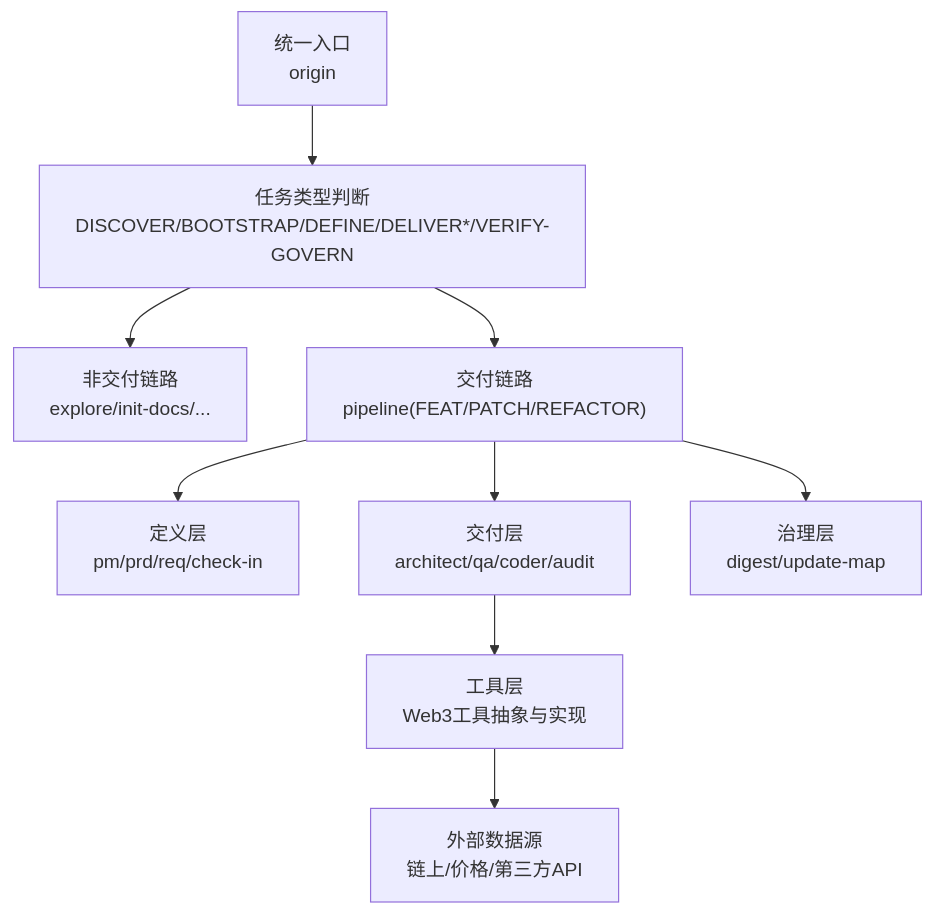
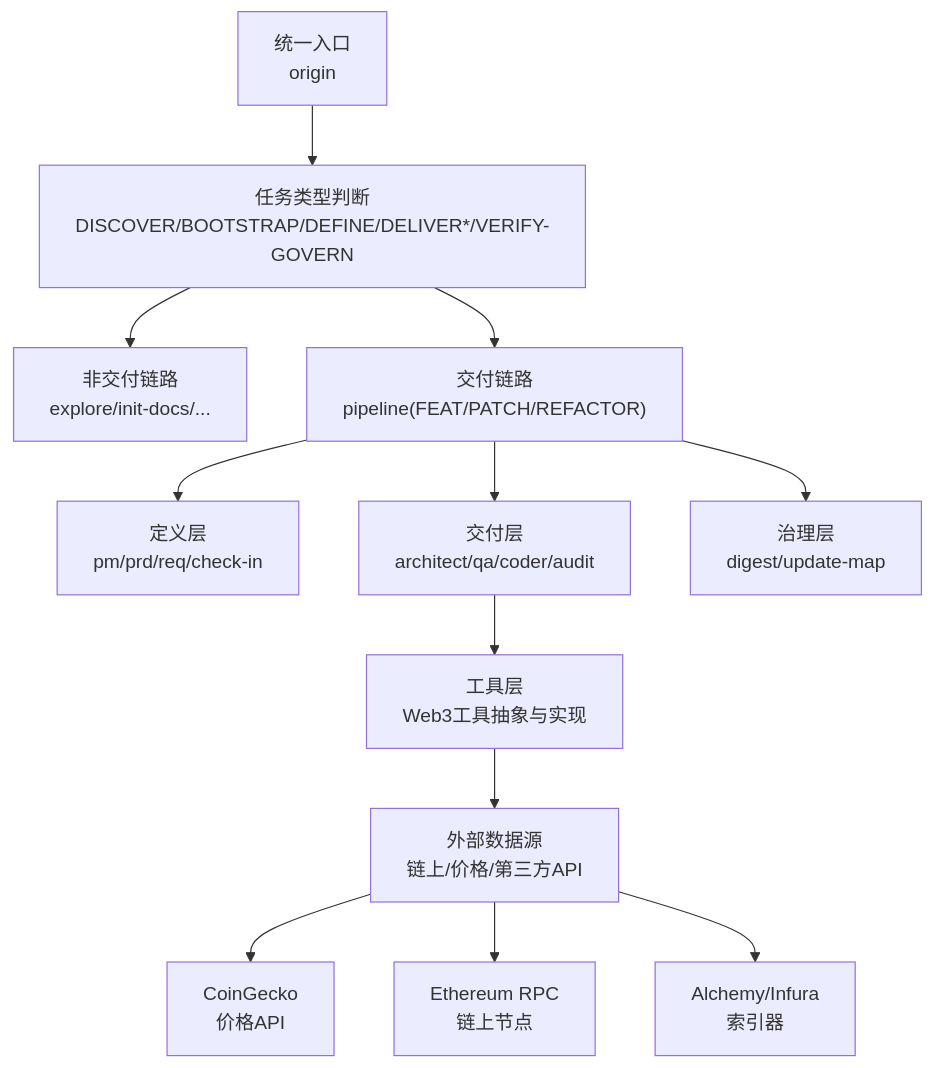
One commit to CryptoLinxu/Web3-AI-Agent changed the first of 6 diagrams in .qoder/repowiki/zh/content/Web3工具集成/Web3工具集成.md. Above: the diagram before and after it, drawn with Mermaid. The commit also changed other lines of this file and 15 other files, not shown here.

````diff
--- a/.qoder/repowiki/zh/content/Web3工具集成/Web3工具集成.md
+++ b/.qoder/repowiki/zh/content/Web3工具集成/Web3工具集成.md
@@ -35,11 +42,14 @@
 ```mermaid
 graph TB
 A["统一入口<br/>origin"] --> B["任务类型判断<br/>DISCOVER/BOOTSTRAP/DEFINE/DELIVER*/VERIFY-GOVERN"]
 B --> C["非交付链路<br/>explore/init-docs/..."]
 B --> D["交付链路<br/>pipeline(FEAT/PATCH/REFACTOR)"]
 D --> E["定义层<br/>pm/prd/req/check-in"]
 D --> F["交付层<br/>architect/qa/coder/audit"]
 D --> G["治理层<br/>digest/update-map"]
 F --> H["工具层<br/>Web3工具抽象与实现"]
 H --> I["外部数据源<br/>链上/价格/第三方API"]
+I --> J["CoinGecko<br/>价格API"]
+I --> K["Ethereum RPC<br/>链上节点"]
+I --> L["Alchemy/Infura<br/>索引器"]
 ```
````
